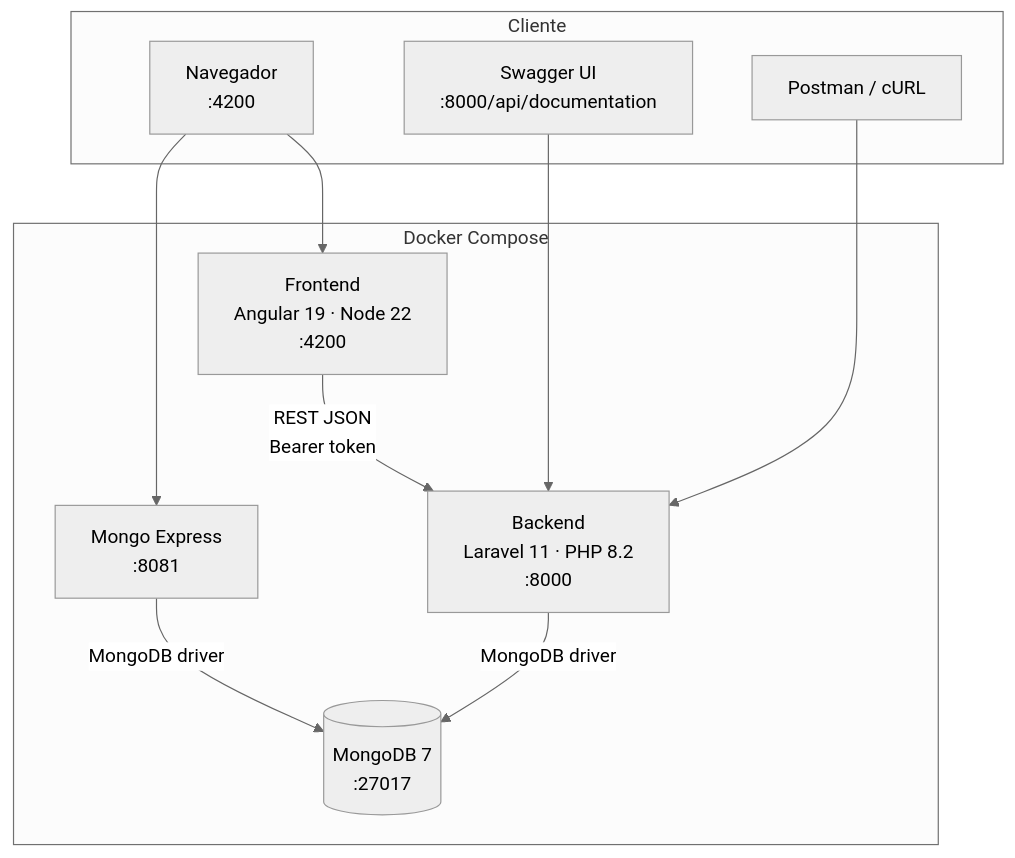
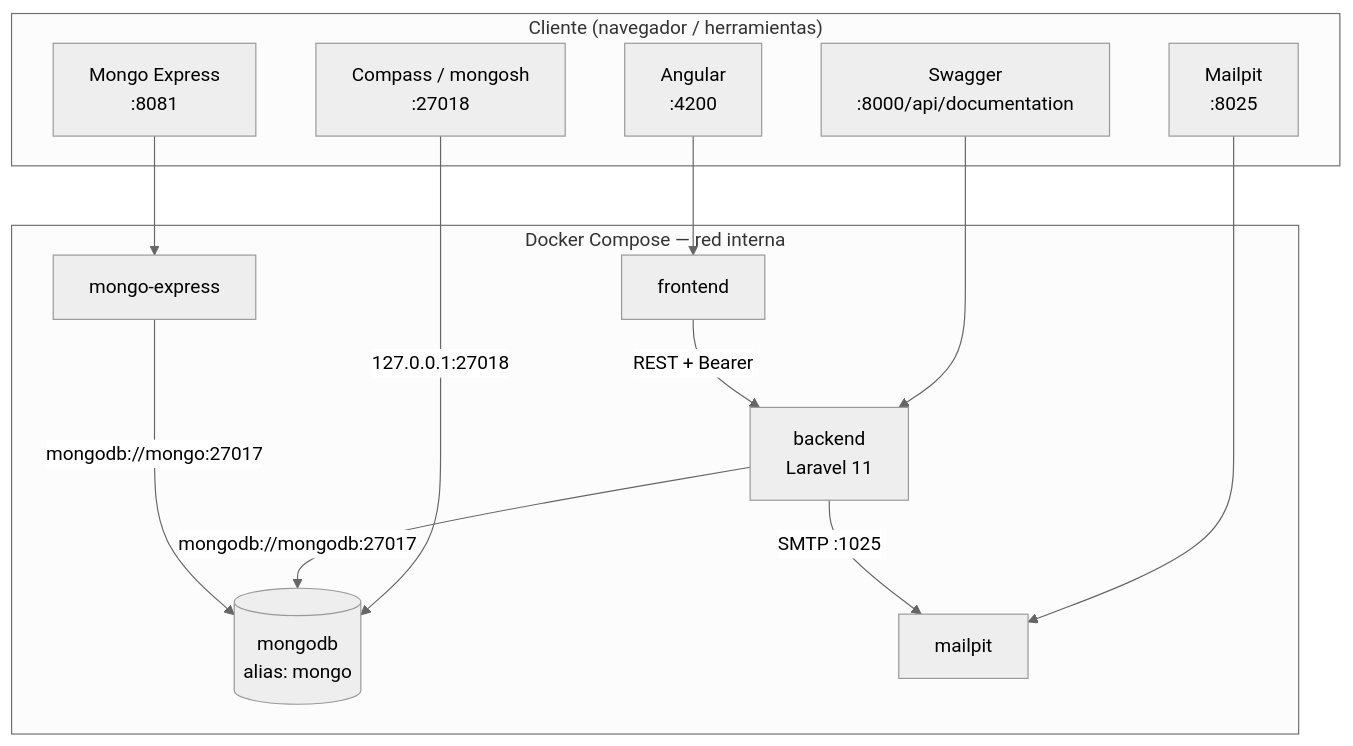
One commit to Migue716/Examen-Tap-Terminal changed the first of 5 diagrams in ARCHITECTURE.md. Above: the diagram before and after it, drawn with Mermaid (neutral theme). The commit also changed other lines of this file, not shown here.

````diff
--- a/ARCHITECTURE.md
+++ b/ARCHITECTURE.md
@@ -20,23 +36,28 @@
 ```mermaid
 flowchart TB
-    subgraph Cliente["Cliente"]
-        Browser["Navegador<br/>:4200"]
-        Swagger["Swagger UI<br/>:8000/api/documentation"]
-        Postman["Postman / cURL"]
+    subgraph Cliente["Cliente (navegador / herramientas)"]
+        Browser["Angular<br/>:4200"]
+        Swagger["Swagger<br/>:8000/api/documentation"]
+        MEX_UI["Mongo Express<br/>:8081"]
+        Mail_UI["Mailpit<br/>:8025"]
+        Compass["Compass / mongosh<br/>:27018"]
     end
 
-    subgraph Docker["Docker Compose"]
-        FE["Frontend<br/>Angular 19 · Node 22<br/>:4200"]
-        BE["Backend<br/>Laravel 11 · PHP 8.2<br/>:8000"]
-        DB[(MongoDB 7<br/>:27017)]
-        MEX["Mongo Express<br/>:8081"]
+    subgraph Docker["Docker Compose — red interna"]
+        FE["frontend"]
+        BE["backend<br/>Laravel 11"]
+        DB[(mongodb<br/>alias: mongo)]
+        MEX["mongo-express"]
+        MP["mailpit"]
     end
 
     Browser --> FE
-    Browser --> MEX
     Swagger --> BE
-    Postman --> BE
-    FE -->|"REST JSON<br/>Bearer token"| BE
-    MEX -->|"MongoDB driver"| DB
-    BE -->|"MongoDB driver"| DB
+    MEX_UI --> MEX
+    Mail_UI --> MP
+    Compass -->|"127.0.0.1:27018"| DB
+    FE -->|"REST + Bearer"| BE
+    BE -->|"mongodb://mongodb:27017"| DB
+    BE -->|"SMTP :1025"| MP
+    MEX -->|"mongodb://mongo:27017"| DB
 ```
````
